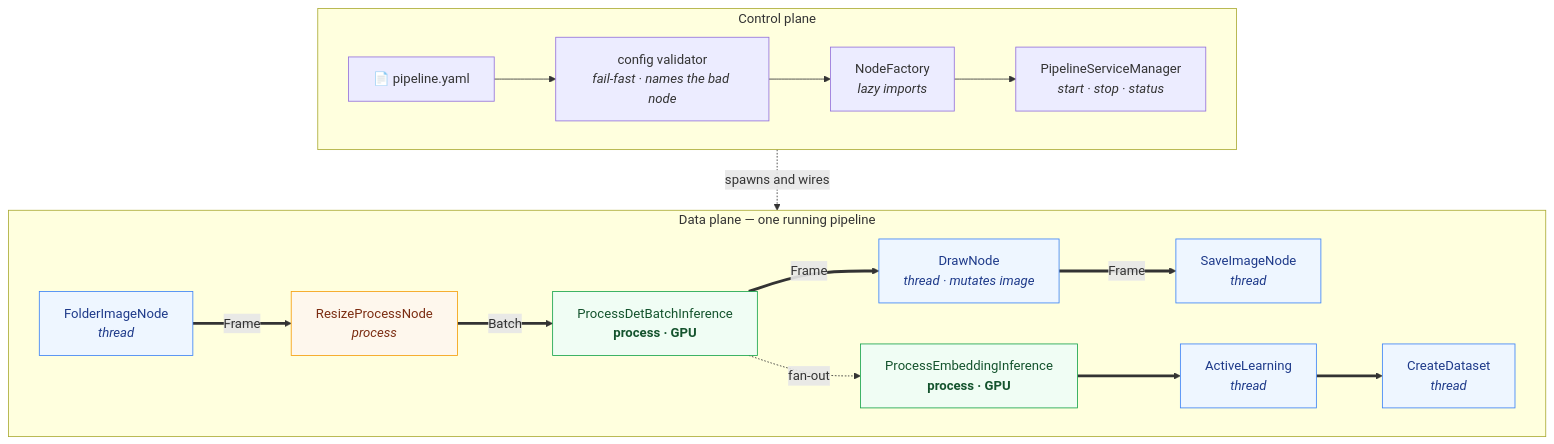
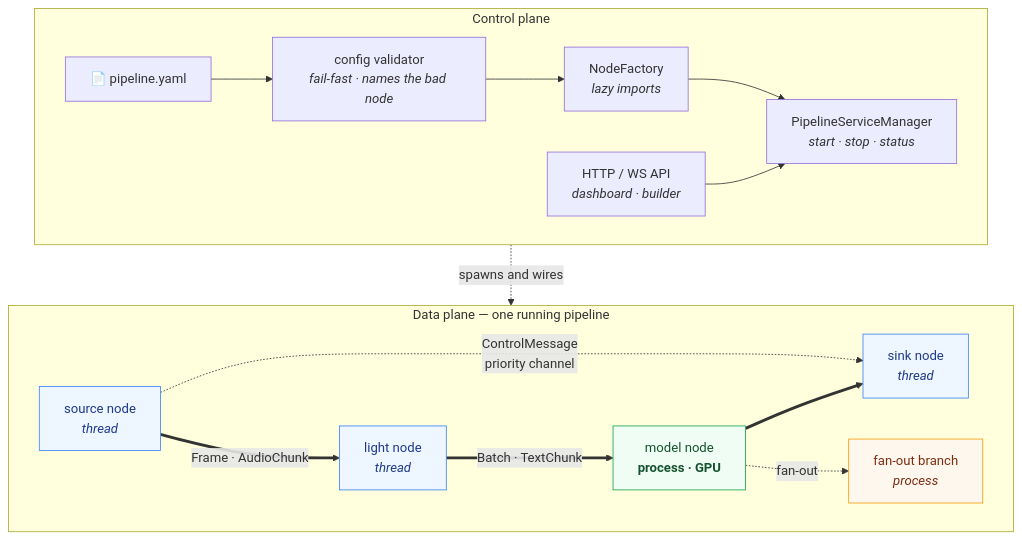
Before and after one commit to Bleaff/data_pipeline_orchestration: the third of 4 diagrams in README.md, drawn with Mermaid. The commit also changed other lines of this file, not shown here.

````diff
--- a/README.md
+++ b/README.md
@@ -35,35 +165,31 @@
 ```mermaid
 flowchart TB
     subgraph control["Control plane"]
         direction LR
         yaml["📄 pipeline.yaml"] --> validator["config validator<br/><i>fail-fast · names the bad node</i>"]
         validator --> factory["NodeFactory<br/><i>lazy imports</i>"]
         factory --> manager["PipelineServiceManager<br/><i>start · stop · status</i>"]
+        api["HTTP / WS API<br/><i>dashboard · builder</i>"] --> manager
     end
 
     manager -. "spawns and wires" .-> data
 
     subgraph data["Data plane — one running pipeline"]
         direction LR
-        reader["FolderImageNode<br/><i>thread</i>"]:::thread
-        resize["ResizeProcessNode<br/><i>process</i>"]:::proc
-        det["ProcessDetBatchInference<br/><b>process · GPU</b>"]:::gpu
-        draw["DrawNode<br/><i>thread · mutates image</i>"]:::thread
-        save["SaveImageNode<br/><i>thread</i>"]:::thread
-        emb["ProcessEmbeddingInference<br/><b>process · GPU</b>"]:::gpu
-        al["ActiveLearning<br/><i>thread</i>"]:::thread
-        ds["CreateDataset<br/><i>thread</i>"]:::thread
+        src["source node<br/><i>thread</i>"]:::thread
+        light["light node<br/><i>thread</i>"]:::thread
+        heavy["model node<br/><b>process · GPU</b>"]:::gpu
+        sink["sink node<br/><i>thread</i>"]:::thread
+        side["fan-out branch<br/><i>process</i>"]:::proc
 
-        reader ==>|Frame| resize
-        resize ==>|Batch| det
-        det ==>|Frame| draw
-        draw ==>|Frame| save
-        det -. "fan-out" .-> emb
-        emb ==> al
-        al ==> ds
+        src ==>|"Frame · AudioChunk"| light
+        light ==>|"Batch · TextChunk"| heavy
+        heavy ==> sink
+        heavy -. "fan-out" .-> side
+        src -. "ControlMessage<br/>priority channel" .-> sink
     end
 
     classDef thread fill:#eef6ff,stroke:#3b82f6,color:#1e3a8a;
     classDef proc fill:#fef7ed,stroke:#f59e0b,color:#7c2d12;
     classDef gpu fill:#f0fdf4,stroke:#16a34a,color:#14532d;
 ```
````
